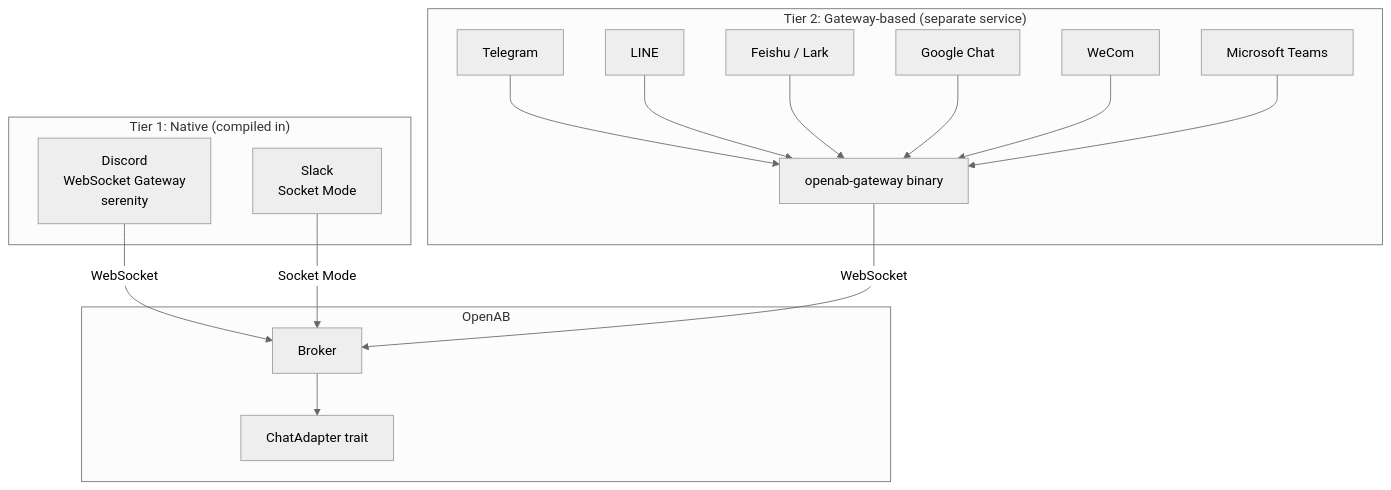
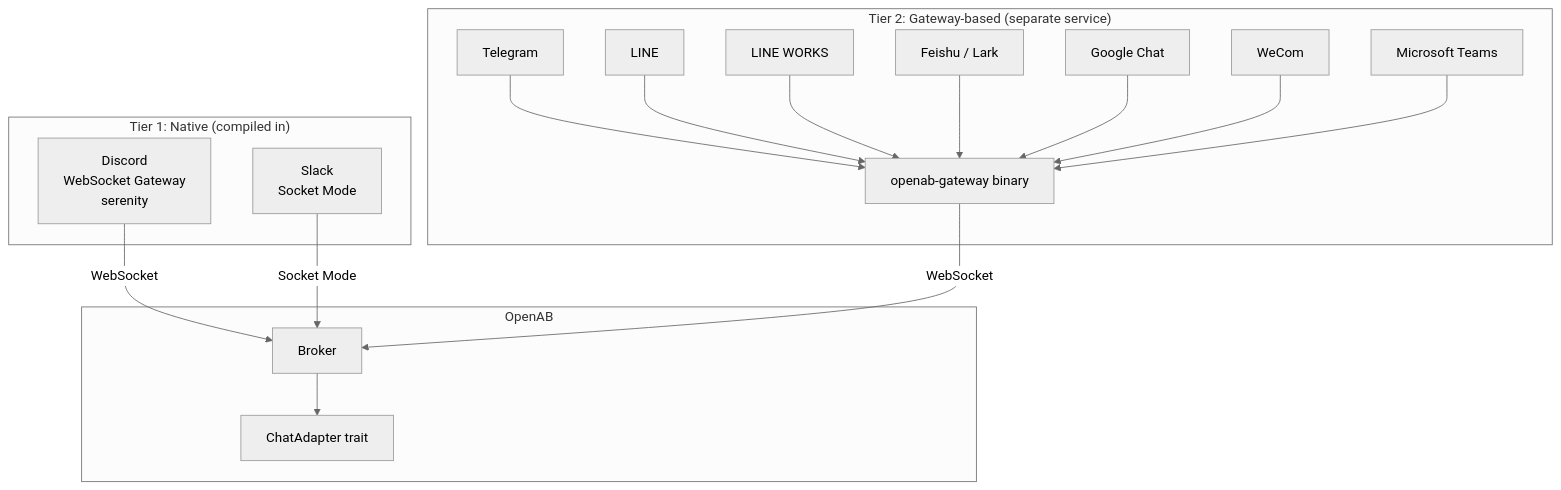
One commit to shaun-agent/openab-map changed the diagram in 01-core-concepts/adapters.md. Above: the diagram before and after it, drawn with Mermaid (neutral theme). The commit also changed other lines of this file and 10 other files, not shown here.

First line of the commit message:
sync: openab main @ 3ace7de3 — MCP Facade, browser control, LINE WORKS

````diff
--- a/01-core-concepts/adapters.md
+++ b/01-core-concepts/adapters.md
@@ -7,34 +7,36 @@
 ```mermaid
 graph TD
     subgraph "Tier 1: Native (compiled in)"
         D[Discord<br/>WebSocket Gateway<br/>serenity]
         S[Slack<br/>Socket Mode]
     end
 
     subgraph "Tier 2: Gateway-based (separate service)"
         GW[openab-gateway binary]
         T[Telegram]
         L[LINE]
+        LW[LINE WORKS]
         F[Feishu / Lark]
         GC[Google Chat]
         WC[WeCom]
         MS[Microsoft Teams]
     end
 
     subgraph "OpenAB"
         B[Broker]
         CS[ChatAdapter trait]
     end
 
     D -->|WebSocket| B
     S -->|Socket Mode| B
     GW -->|WebSocket| B
     T --> GW
     L --> GW
+    LW --> GW
     F --> GW
     GC --> GW
     WC --> GW
     MS --> GW
 
     B --> CS
 ```
````
